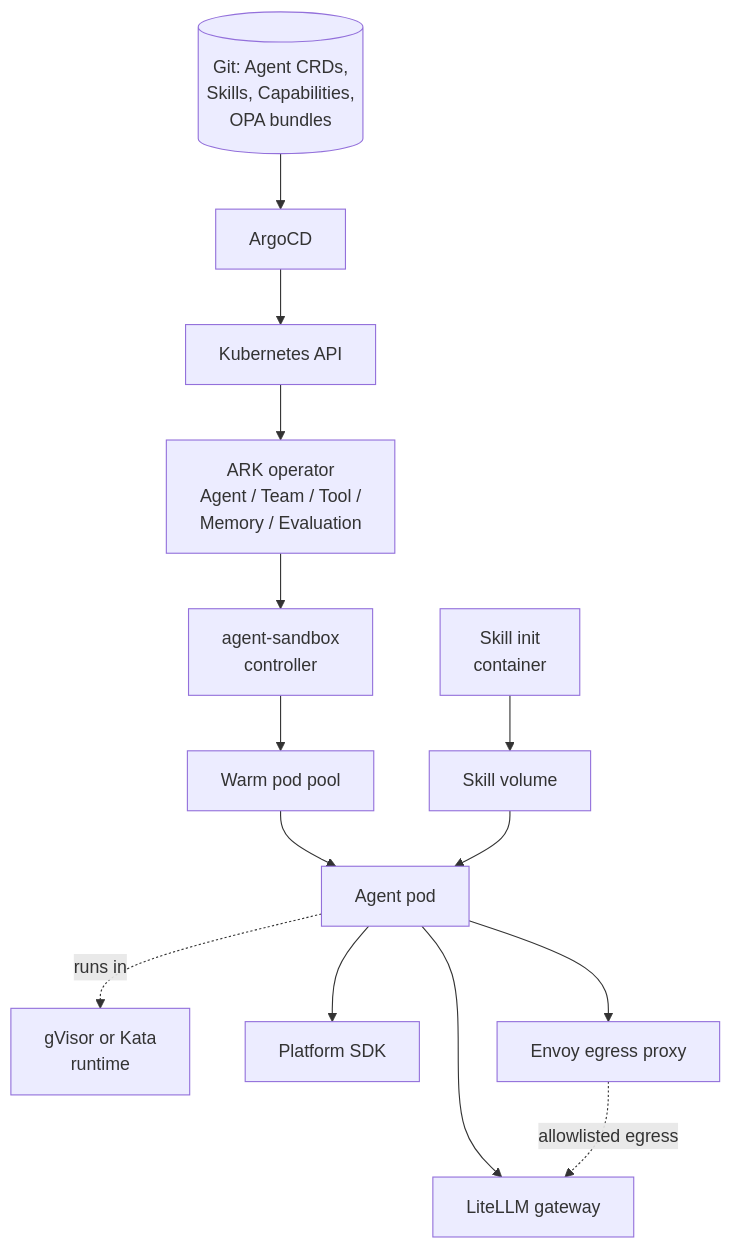
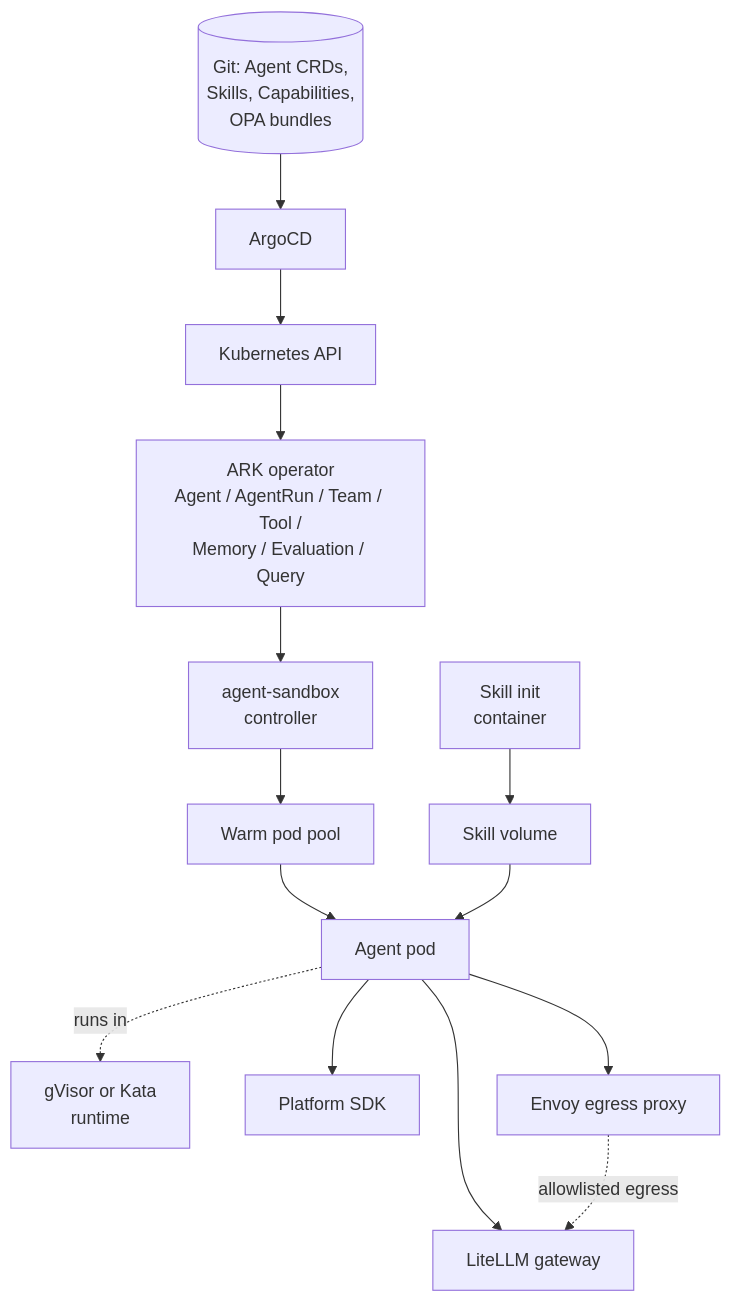
One commit to lago-morph/agent-os changed the third of 21 diagrams in architecture-overview.md. Above: the diagram before and after it, drawn with Mermaid. The commit also changed other lines of this file, not shown here.

````diff
--- a/architecture-overview.md
+++ b/architecture-overview.md
@@ -249,30 +249,30 @@
 ```mermaid
 flowchart TB
   GIT[(Git: Agent CRDs,<br/>Skills, Capabilities,<br/>OPA bundles)]
   AC[ArgoCD]
   K8s[Kubernetes API]
-  ARK[ARK operator<br/>Agent / Team / Tool /<br/>Memory / Evaluation]
+  ARK[ARK operator<br/>Agent / AgentRun / Team / Tool /<br/>Memory / Evaluation / Query]
   SBC[agent-sandbox<br/>controller]
   POOL[Warm pod pool]
   AG[Agent pod]
   GVI[gVisor or Kata<br/>runtime]
   SKINIT[Skill init<br/>container]
   SKVOL[Skill volume]
   SDK[Platform SDK]
   EP[Envoy egress proxy]
   GW[LiteLLM gateway]
 
   GIT --> AC
   AC --> K8s
   K8s --> ARK
   ARK --> SBC
   SBC --> POOL
   POOL --> AG
   AG -.->|runs in| GVI
   SKINIT --> SKVOL
   SKVOL --> AG
   AG --> SDK
   AG --> GW
   AG --> EP
   EP -.->|allowlisted egress| GW
 ```
````
